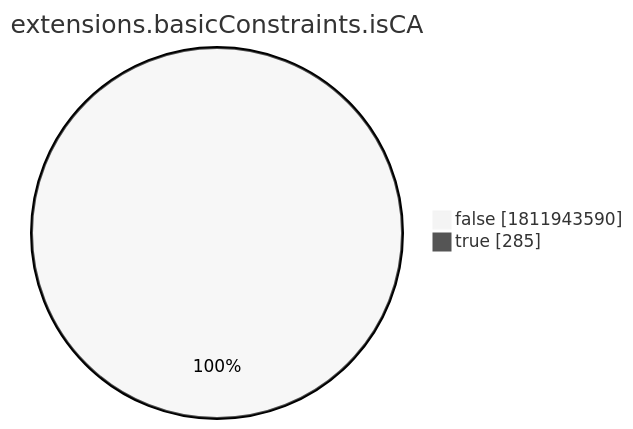
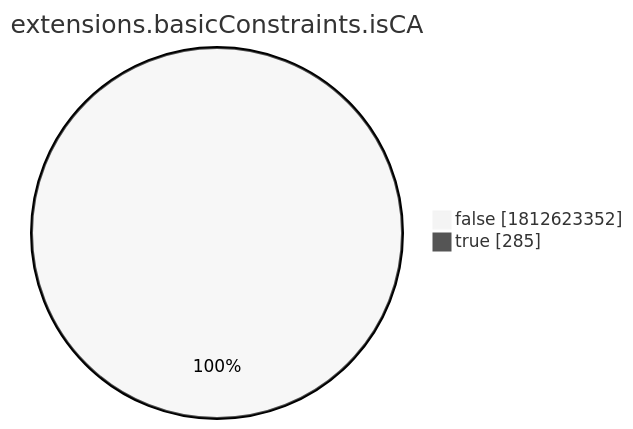
The eighth of 15 diagrams in xenon2022/README.md (christiankrug/ctmonitor_visualization), drawn with Mermaid (neutral theme) before and after one commit. The commit also changed other lines of this file, not shown here.

````diff
--- a/xenon2022/README.md
+++ b/xenon2022/README.md
@@ -2868,6 +2868,6 @@
 ```mermaid
 pie showData
 title extensions.basicConstraints.isCA
-"false" :1811943590
+"false" :1812623352
 "true" :285
 ```
````
